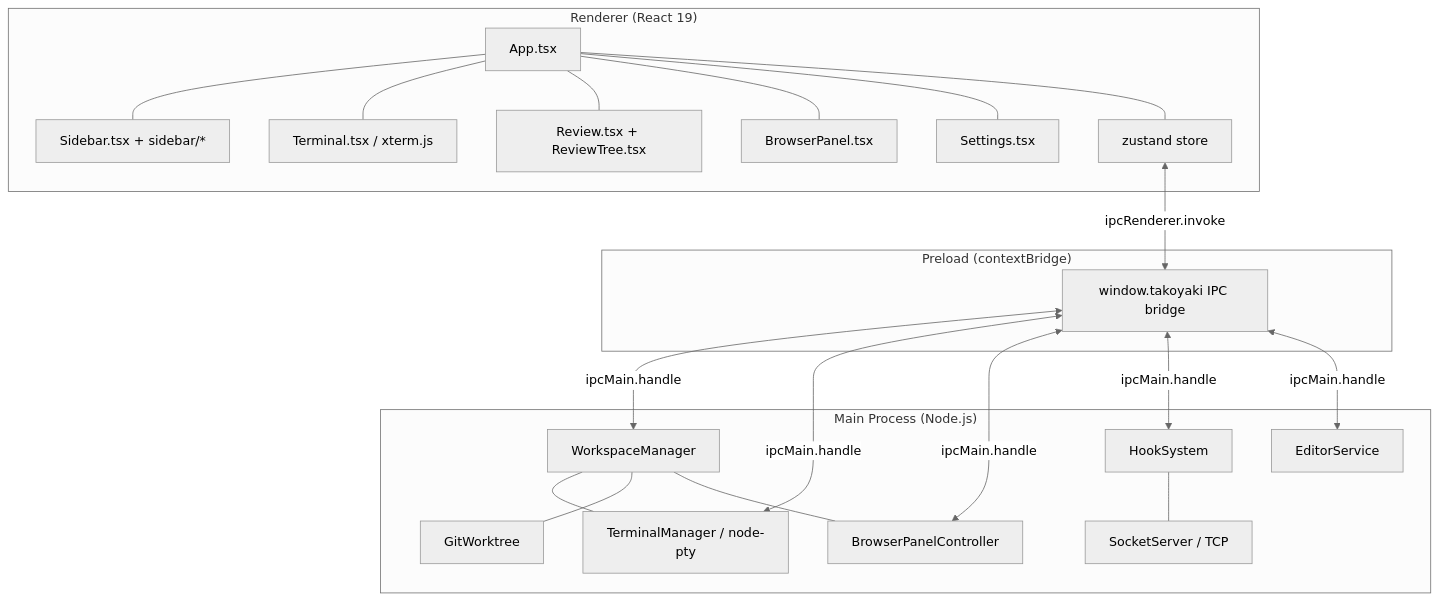
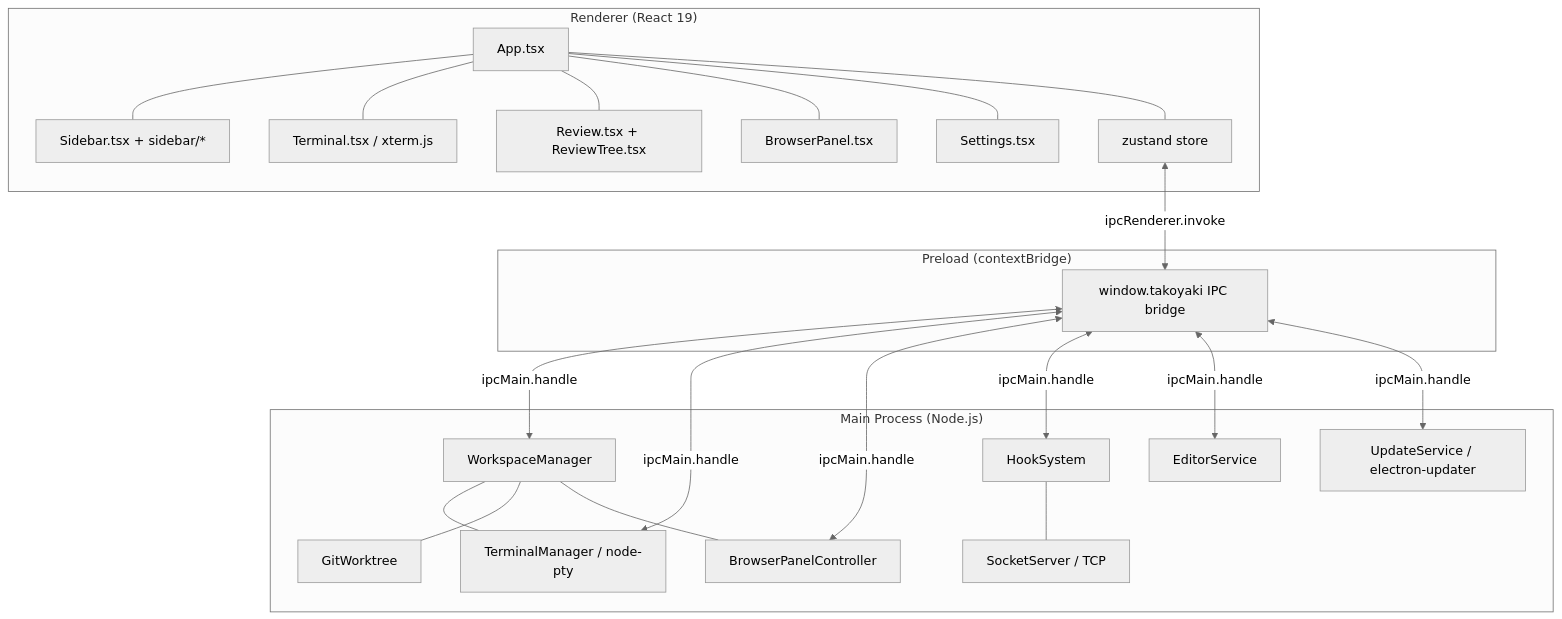
The first of 15 diagrams in docs/ARCHITECTURE.md (adikuma/takoyaki), drawn with Mermaid (neutral theme) before and after one commit. The commit also changed other lines of this file and 18 other files, not shown here.

````diff
--- a/docs/ARCHITECTURE.md
+++ b/docs/ARCHITECTURE.md
@@ -5,43 +5,45 @@
 ```mermaid
 graph TB
     subgraph Renderer["Renderer (React 19)"]
         App[App.tsx]
         Sidebar[Sidebar.tsx + sidebar/*]
         Terminal[Terminal.tsx / xterm.js]
         Review[Review.tsx + ReviewTree.tsx]
         BrowserPanel[BrowserPanel.tsx]
         Settings[Settings.tsx]
         Store[zustand store]
         App --- Sidebar
         App --- Terminal
         App --- Review
         App --- BrowserPanel
         App --- Settings
         App --- Store
     end
 
     subgraph Preload["Preload (contextBridge)"]
         Bridge[window.takoyaki IPC bridge]
     end
 
     subgraph Main["Main Process (Node.js)"]
         WM[WorkspaceManager]
         TM[TerminalManager / node-pty]
         Browser[BrowserPanelController]
         Hooks[HookSystem]
         Socket[SocketServer / TCP]
         Editor[EditorService]
         Git[GitWorktree]
+        Updates[UpdateService / electron-updater]
         WM --- TM
         WM --- Git
         WM --- Browser
         Hooks --- Socket
     end
 
     Store <-->|ipcRenderer.invoke| Bridge
     Bridge <-->|ipcMain.handle| WM
     Bridge <-->|ipcMain.handle| TM
     Bridge <-->|ipcMain.handle| Browser
     Bridge <-->|ipcMain.handle| Hooks
     Bridge <-->|ipcMain.handle| Editor
+    Bridge <-->|ipcMain.handle| Updates
 ```
````
